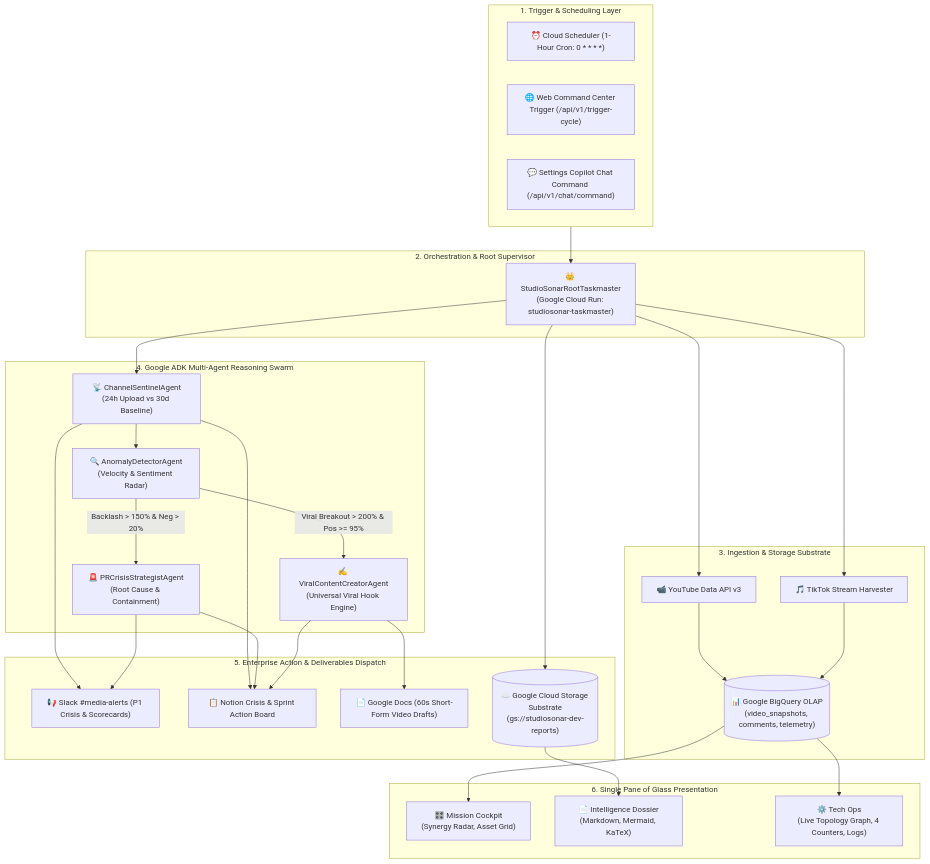
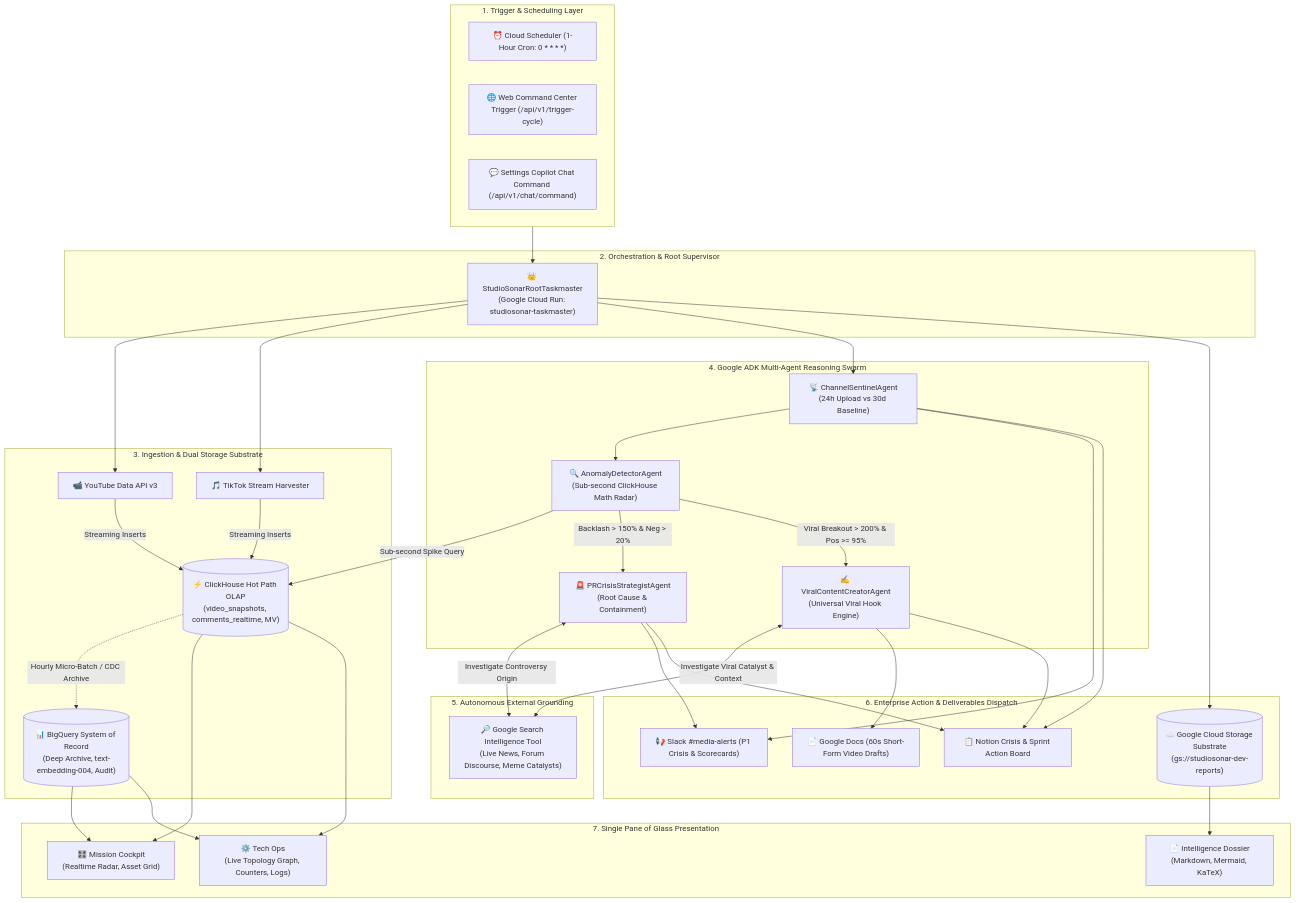
One commit to duynguyendang/studio-sonar changed the first of 4 diagrams in docs/architecture.md. Above: the diagram before and after it, drawn with Mermaid. The commit also changed other lines of this file and 41 other files, not shown here.

First line of the commit message:
feat: complete ClickHouse OLAP integration, native time-series functions, 8-agent swarm & hackathon submission docs

````diff
--- a/docs/architecture.md
+++ b/docs/architecture.md
@@ -39,53 +44,66 @@
 ```mermaid
 flowchart TB
     subgraph TriggerLayer ["1. Trigger & Scheduling Layer"]
         CS["⏰ Cloud Scheduler (1-Hour Cron: 0 * * * *)"]
         WEB["🌐 Web Command Center Trigger (/api/v1/trigger-cycle)"]
         CHAT["💬 Settings Copilot Chat Command (/api/v1/chat/command)"]
     end
 
     subgraph OrchestratorLayer ["2. Orchestration & Root Supervisor"]
         TM["👑 StudioSonarRootTaskmaster<br/>(Google Cloud Run: studiosonar-taskmaster)"]
     end
 
-    subgraph IngestionLayer ["3. Ingestion & Storage Substrate"]
+    subgraph IngestionLayer ["3. Ingestion & Dual Storage Substrate"]
         YT["📹 YouTube Data API v3"]
         TT["🎵 TikTok Stream Harvester"]
-        BQ[("📊 Google BigQuery OLAP<br/>(video_snapshots, comments, telemetry)")]
+        CH[("⚡ ClickHouse Hot Path OLAP<br/>(video_snapshots, comments_realtime, MV)")]
+        BQ[("📊 BigQuery System of Record<br/>(Deep Archive, text-embedding-004, Audit)")]
     end
 
     subgraph SwarmLayer ["4. Google ADK Multi-Agent Reasoning Swarm"]
         CS_AGENT["📡 ChannelSentinelAgent<br/>(24h Upload vs 30d Baseline)"]
-        AD_AGENT["🔍 AnomalyDetectorAgent<br/>(Velocity & Sentiment Radar)"]
+        AD_AGENT["🔍 AnomalyDetectorAgent<br/>(Sub-second ClickHouse Math Radar)"]
         PR_AGENT["🚨 PRCrisisStrategistAgent<br/>(Root Cause & Containment)"]
         VC_AGENT["✍️ ViralContentCreatorAgent<br/>(Universal Viral Hook Engine)"]
     end
 
-    subgraph ActionLayer ["5. Enterprise Action & Deliverables Dispatch"]
+    subgraph GroundingLayer ["5. Autonomous External Grounding"]
+        GS["🔎 Google Search Intelligence Tool<br/>(Live News, Forum Discourse, Meme Catalysts)"]
+    end
+
+    subgraph ActionLayer ["6. Enterprise Action & Deliverables Dispatch"]
         SLACK["📢 Slack #media-alerts (P1 Crisis & Scorecards)"]
         NOTION["📋 Notion Crisis & Sprint Action Board"]
         GDOCS["📄 Google Docs (60s Short-Form Video Drafts)"]
         GCS[("☁️ Google Cloud Storage Substrate<br/>(gs://studiosonar-dev-reports)")]
     end
 
-    subgraph PresentationLayer ["6. Single Pane of Glass Presentation"]
-        UI_COCKPIT["🎛️ Mission Cockpit<br/>(Synergy Radar, Asset Grid)"]
+    subgraph PresentationLayer ["7. Single Pane of Glass Presentation"]
+        UI_COCKPIT["🎛️ Mission Cockpit<br/>(Realtime Radar, Asset Grid)"]
         UI_DOSSIER["📄 Intelligence Dossier<br/>(Markdown, Mermaid, KaTeX)"]
-        UI_TECHOPS["⚙️ Tech Ops<br/>(Live Topology Graph, 4 Counters, Logs)"]
+        UI_TECHOPS["⚙️ Tech Ops<br/>(Live Topology Graph, Counters, Logs)"]
     end
 
     TriggerLayer --> TM
-    TM --> YT & TT --> BQ
+    TM --> YT & TT
+    YT & TT -->|Streaming Inserts| CH
+    CH -.->|Hourly Micro-Batch / CDC Archive| BQ
+
     TM --> CS_AGENT
     CS_AGENT --> AD_AGENT
+    AD_AGENT -->|Sub-second Spike Query| CH
+
     AD_AGENT -->|Backlash > 150% & Neg > 20%| PR_AGENT
     AD_AGENT -->|Viral Breakout > 200% & Pos >= 95%| VC_AGENT
+
+    PR_AGENT <-->|Investigate Controversy Origin| GS
+    VC_AGENT <-->|Investigate Viral Catalyst & Context| GS
 
     CS_AGENT --> SLACK & NOTION
     PR_AGENT --> SLACK & NOTION
     VC_AGENT --> GDOCS & NOTION
     
     TM --> GCS
     GCS --> UI_DOSSIER
-    BQ --> UI_COCKPIT & UI_TECHOPS
+    CH & BQ --> UI_COCKPIT & UI_TECHOPS
 ```
````
